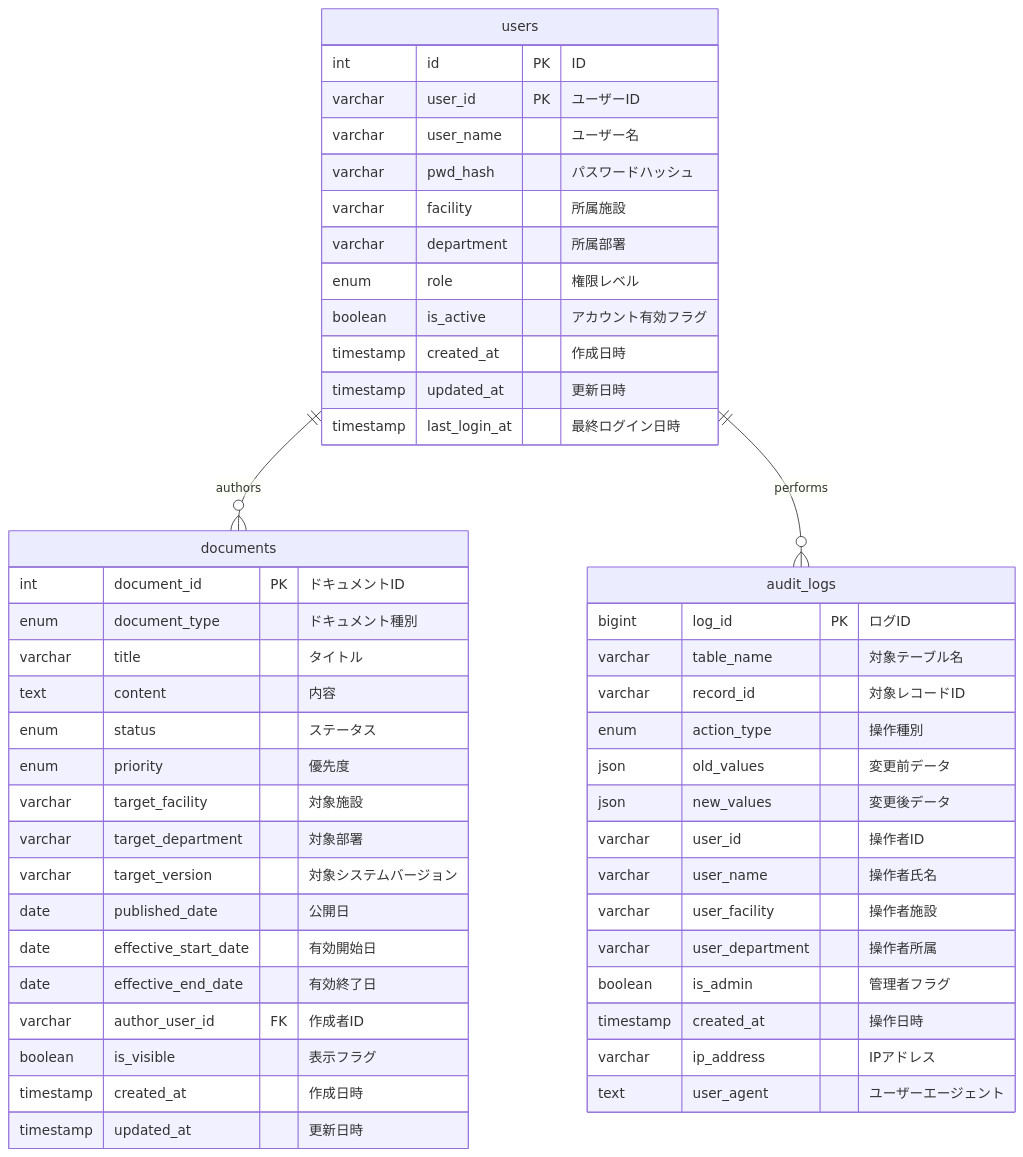
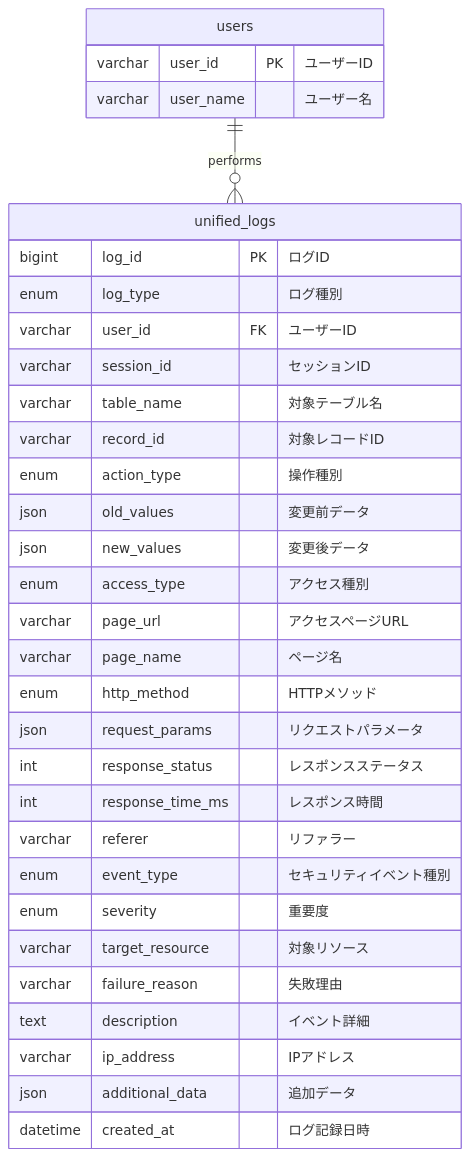
One commit to w3422008/update_DB changed the seventh of 10 diagrams in rebuild/資料/新医療機関システム/仕様書等/DB/E-R/ER_diagram.md. Above: the diagram before and after it, drawn with Mermaid. The commit also changed other lines of this file and 5 other files, not shown here.

Commit message:
E-R図作成

````diff
--- a/rebuild/資料/新医療機関システム/仕様書等/DB/E-R/ER_diagram.md
+++ b/rebuild/資料/新医療機関システム/仕様書等/DB/E-R/ER_diagram.md
@@ -460,56 +278,38 @@
 ```mermaid
 erDiagram
     users {
-        int id PK "ID"
         varchar user_id PK "ユーザーID"
         varchar user_name "ユーザー名"
-        varchar pwd_hash "パスワードハッシュ"
-        varchar facility "所属施設"
-        varchar department "所属部署"
-        enum role "権限レベル"
-        boolean is_active "アカウント有効フラグ"
-        timestamp created_at "作成日時"
-        timestamp updated_at "更新日時"
-        timestamp last_login_at "最終ログイン日時"
     }
     
-    documents {
-        int document_id PK "ドキュメントID"
-        enum document_type "ドキュメント種別"
-        varchar title "タイトル"
-        text content "内容"
-        enum status "ステータス"
-        enum priority "優先度"
-        varchar target_facility "対象施設"
-        varchar target_department "対象部署"
-        varchar target_version "対象システムバージョン"
-        date published_date "公開日"
-        date effective_start_date "有効開始日"
-        date effective_end_date "有効終了日"
-        varchar author_user_id FK "作成者ID"
-        boolean is_visible "表示フラグ"
-        timestamp created_at "作成日時"
-        timestamp updated_at "更新日時"
-    }
-    
-    audit_logs {
+    unified_logs {
         bigint log_id PK "ログID"
+        enum log_type "ログ種別"
+        varchar user_id FK "ユーザーID"
+        varchar session_id "セッションID"
         varchar table_name "対象テーブル名"
         varchar record_id "対象レコードID"
         enum action_type "操作種別"
         json old_values "変更前データ"
         json new_values "変更後データ"
-        varchar user_id "操作者ID"
-        varchar user_name "操作者氏名"
-        varchar user_facility "操作者施設"
-        varchar user_department "操作者所属"
-        boolean is_admin "管理者フラグ"
-        timestamp created_at "操作日時"
+        enum access_type "アクセス種別"
+        varchar page_url "アクセスページURL"
+        varchar page_name "ページ名"
+        enum http_method "HTTPメソッド"
+        json request_params "リクエストパラメータ"
+        int response_status "レスポンスステータス"
+        int response_time_ms "レスポンス時間"
+        varchar referer "リファラー"
+        enum event_type "セキュリティイベント種別"
+        enum severity "重要度"
+        varchar target_resource "対象リソース"
+        varchar failure_reason "失敗理由"
+        text description "イベント詳細"
         varchar ip_address "IPアドレス"
-        text user_agent "ユーザーエージェント"
+        json additional_data "追加データ"
+        datetime created_at "ログ記録日時"
     }
     
     %% リレーションシップ
-    users ||--o{ documents : "authors"
-    users ||--o{ audit_logs : "performs"
+    users ||--o{ unified_logs : "performs"
 ```
````
